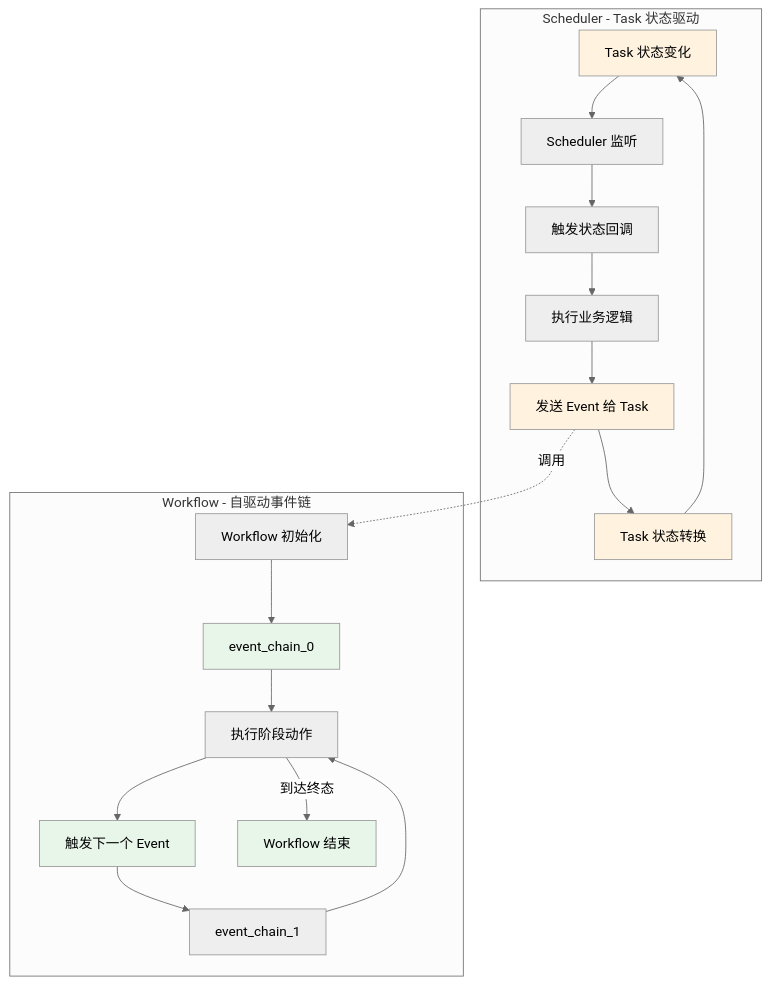
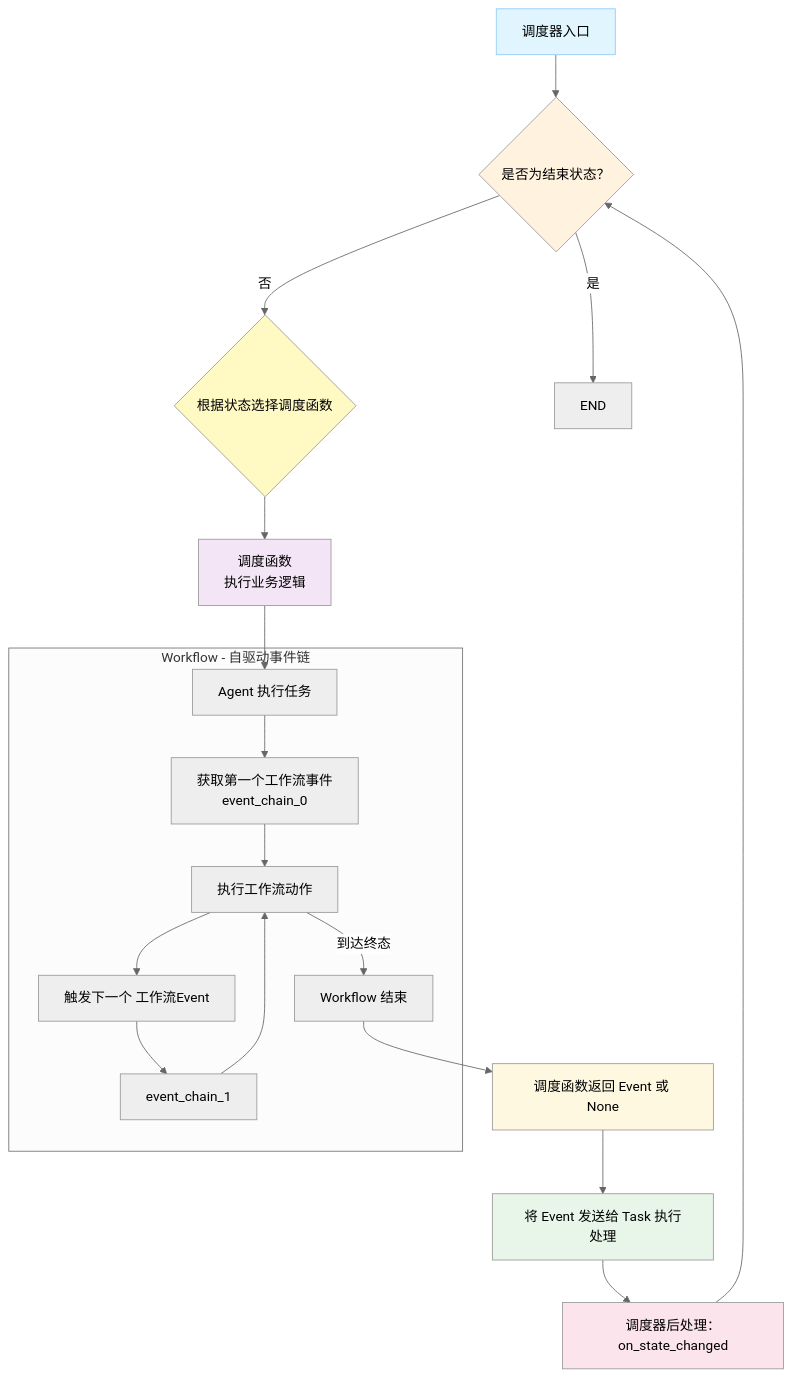
One commit to Koko12137/tasking-community changed the first of 2 diagrams in src/core/scheduler/README.md. Above: the diagram before and after it, drawn with Mermaid (neutral theme). The commit also changed 40 other files, not shown here.

````diff
--- a/src/core/scheduler/README.md
+++ b/src/core/scheduler/README.md
@@ -17,29 +17,33 @@
 ```mermaid
 graph TB
-    subgraph "Scheduler - Task 状态驱动"
-        S1[Task 状态变化] --> S2[Scheduler 监听]
-        S2 --> S3[触发状态回调]
-        S3 --> S4[执行业务逻辑]
-        S4 --> S5[发送 Event 给 Task]
-        S5 --> S6[Task 状态转换]
-        S6 --> S1
-    end
+    ScheduleStart[调度器入口]
+    ScheduleStart --> ReadState[读取 Task 当前状态]
+    ReadState -->|否| SelectHandler{根据状态选择调度函数}
+    SelectHandler --> CallHandler[调度函数<br/>执行业务逻辑<br/>]
+    HandlerReturn --> TaskHandle[将 Event 发送给 Task 执行处理]
+    TaskHandle --> OnStateChanged[调度器后处理：on_state_changed]
+    %% 后处理完成后回到“根据状态选择调度函数”进行最终判断
+    OnStateChanged --> ReadState{是否为结束状态？}
+    ReadState -->|是| END
 
     subgraph "Workflow - 自驱动事件链"
-        W1[Workflow 初始化] --> W2[event_chain_0]
-        W2 --> W3[执行阶段动作]
-        W3 --> W4[触发下一个 Event]
+        W1[Agent 执行任务] --> W2[获取第一个工作流事件<br/>event_chain_0]
+        W2 --> W3[执行工作流动作]
+        W3 --> W4[触发下一个 工作流Event]
         W4 --> W5[event_chain_1]
         W5 --> W3
         W3 -->|到达终态| W6[Workflow 结束]
     end
 
-    S5 -.->|调用| W1
+    CallHandler --> W1
+    W6 --> HandlerReturn[调度函数返回 Event 或 None]
 
-    style S1 fill:#fff3e0
-    style S5 fill:#fff3e0
-    style S6 fill:#fff3e0
-    style W2 fill:#e8f5e9
-    style W4 fill:#e8f5e9
-    style W6 fill:#e8f5e9
+    %% 说明与样式（便于阅读）
+    style ScheduleStart fill:#e1f5fe,stroke:#90caf9
+    style ReadState fill:#fff3e0
+    style SelectHandler fill:#fff9c4
+    style CallHandler fill:#f3e5f5
+    style HandlerReturn fill:#fff8e1
+    style TaskHandle fill:#e8f5e9
+    style OnStateChanged fill:#fce4ec
 ```
````
